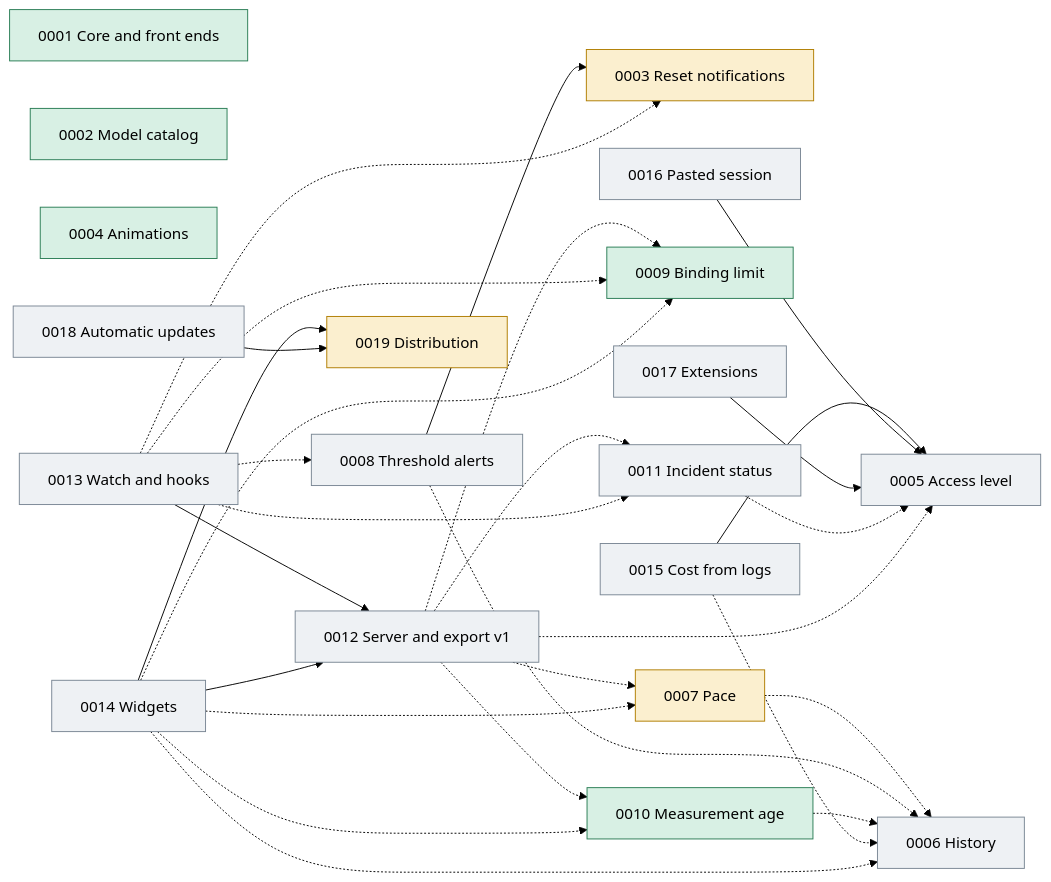
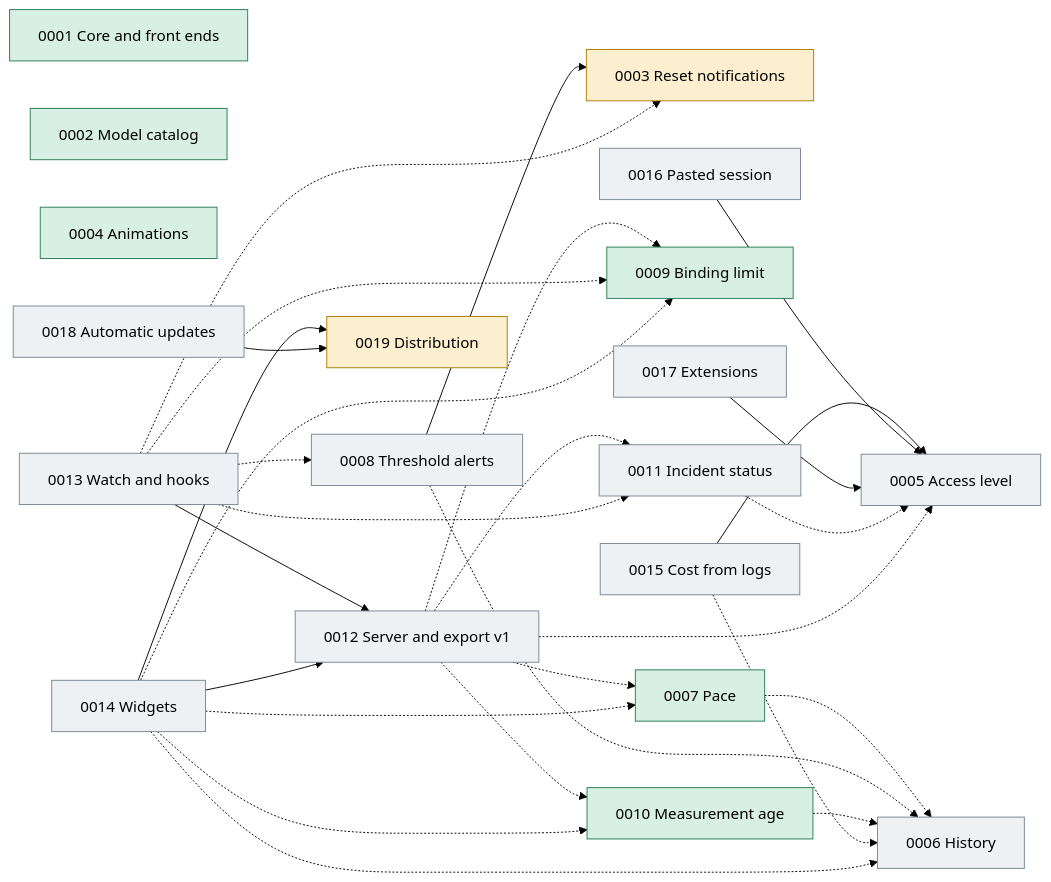
One commit to jmarcon/cuotai changed the diagram in docs/plans/0000_control.md. Above: the diagram before and after it, drawn with Mermaid (forest theme). The commit also changed other lines of this file and 11 other files, not shown here.

````diff
--- a/docs/plans/0000_control.md
+++ b/docs/plans/0000_control.md
@@ -83,54 +84,54 @@
 ```mermaid
 graph LR
   classDef done fill:#d8f0e4,stroke:#2a7d55
   classDef wip fill:#fbefcf,stroke:#b07d00
   classDef todo fill:#eef1f4,stroke:#7a8794
 
   P1["0001 Core and front ends"]:::done
   P2["0002 Model catalog"]:::done
   P3["0003 Reset notifications"]:::wip
   P4["0004 Animations"]:::done
   P5["0005 Access level"]:::todo
   P6["0006 History"]:::todo
-  P7["0007 Pace"]:::wip
+  P7["0007 Pace"]:::done
   P8["0008 Threshold alerts"]:::todo
   P9["0009 Binding limit"]:::done
   P10["0010 Measurement age"]:::done
   P11["0011 Incident status"]:::todo
   P12["0012 Server and export v1"]:::todo
   P13["0013 Watch and hooks"]:::todo
   P14["0014 Widgets"]:::todo
   P15["0015 Cost from logs"]:::todo
   P16["0016 Pasted session"]:::todo
   P17["0017 Extensions"]:::todo
   P18["0018 Automatic updates"]:::todo
   P19["0019 Distribution"]:::wip
 
   P8 --> P3
   P13 --> P12
   P14 --> P12
   P14 --> P19
   P15 --> P5
   P16 --> P5
   P17 --> P5
   P18 --> P19
 
   P7 -.-> P6
   P8 -.-> P6
   P10 -.-> P6
   P11 -.-> P5
   P15 -.-> P6
   P12 -.-> P5
   P12 -.-> P7
   P12 -.-> P9
   P12 -.-> P10
   P12 -.-> P11
   P13 -.-> P3
   P13 -.-> P8
   P13 -.-> P9
   P13 -.-> P11
   P14 -.-> P6
   P14 -.-> P7
   P14 -.-> P9
   P14 -.-> P10
 ```
````
